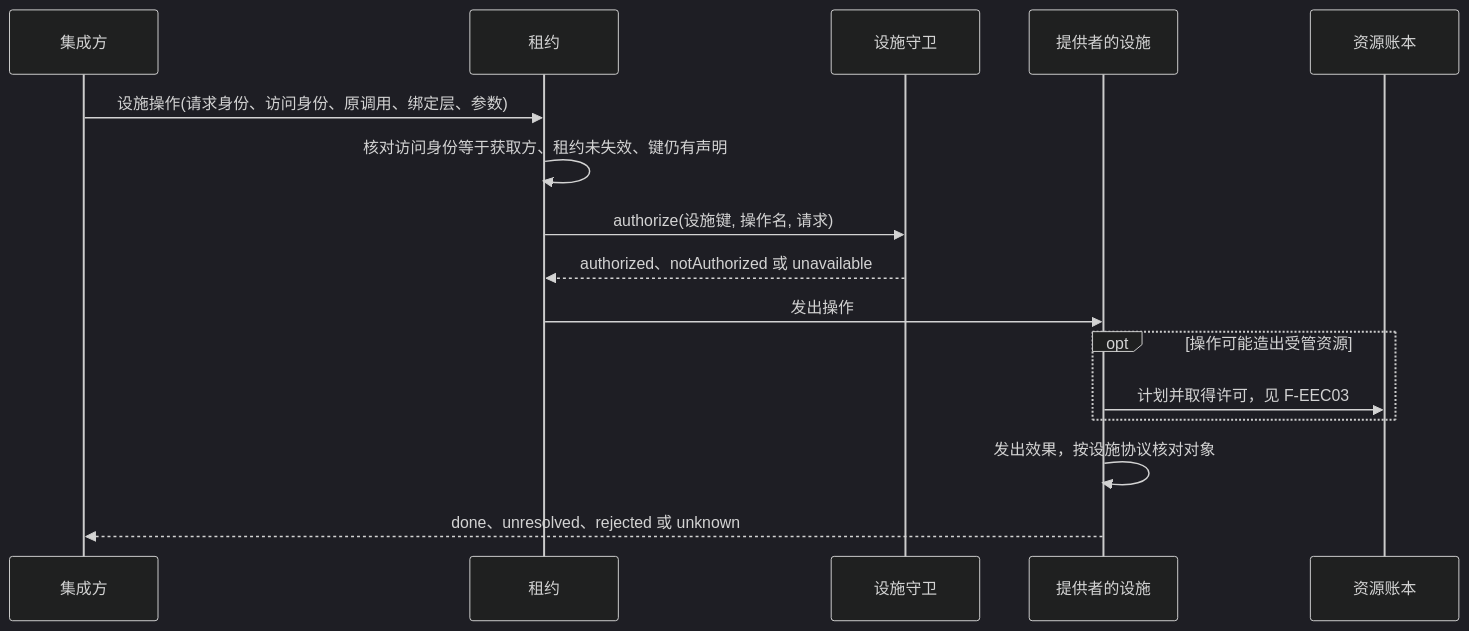
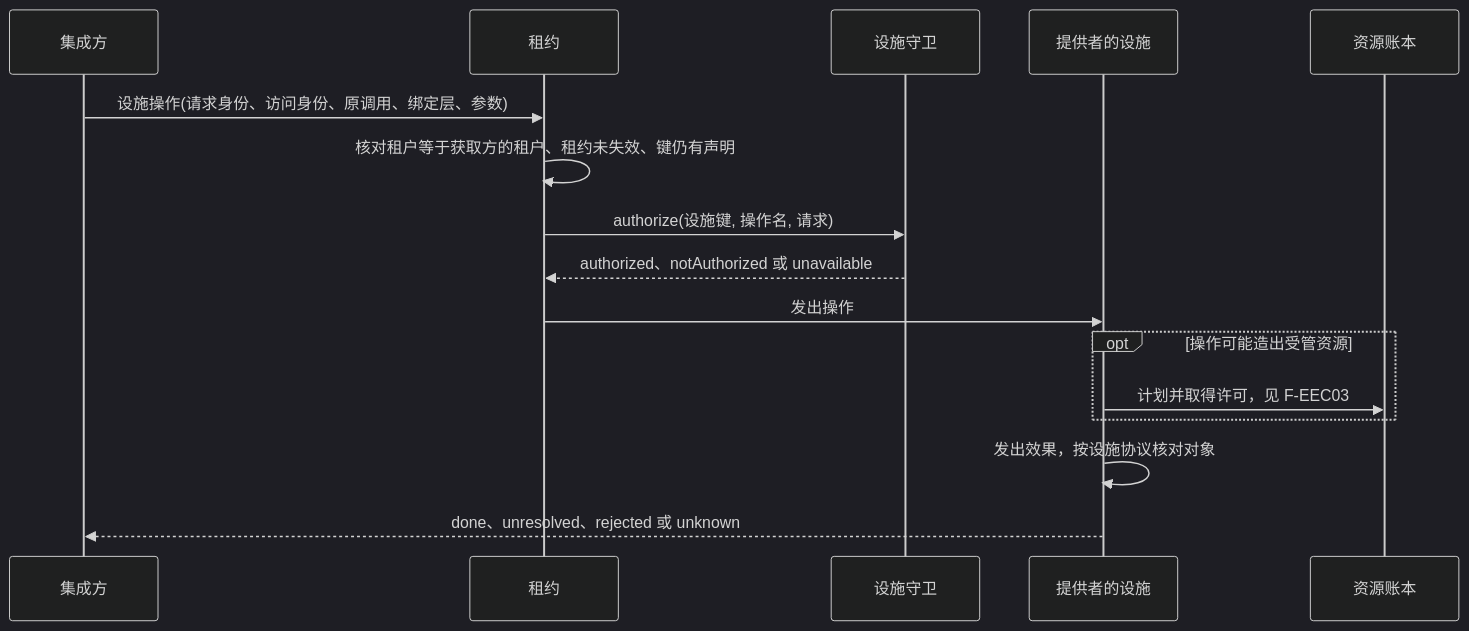
One commit to nemori-ai/omne-harness-lite changed the second of 6 diagrams in packages/execution/execution-environment-contract/docs/flows.md. Above: the diagram before and after it, drawn with Mermaid (dark theme). The commit also changed other lines of this file and 24 other files, not shown here.

````diff
--- a/packages/execution/execution-environment-contract/docs/flows.md
+++ b/packages/execution/execution-environment-contract/docs/flows.md
@@ -56,18 +56,18 @@
 ```mermaid
 sequenceDiagram
   participant I as 集成方
   participant L as 租约
   participant G as 设施守卫
   participant P as 提供者的设施
   participant R as 资源账本
   I->>L: 设施操作(请求身份、访问身份、原调用、绑定层、参数)
-  L->>L: 核对访问身份等于获取方、租约未失效、键仍有声明
+  L->>L: 核对租户等于获取方的租户、租约未失效、键仍有声明
   L->>G: authorize(设施键, 操作名, 请求)
   G-->>L: authorized、notAuthorized 或 unavailable
   L->>P: 发出操作
   opt 操作可能造出受管资源
     P->>R: 计划并取得许可，见 F-EEC03
   end
   P->>P: 发出效果，按设施协议核对对象
   P-->>I: done、unresolved、rejected 或 unknown
 ```
````
